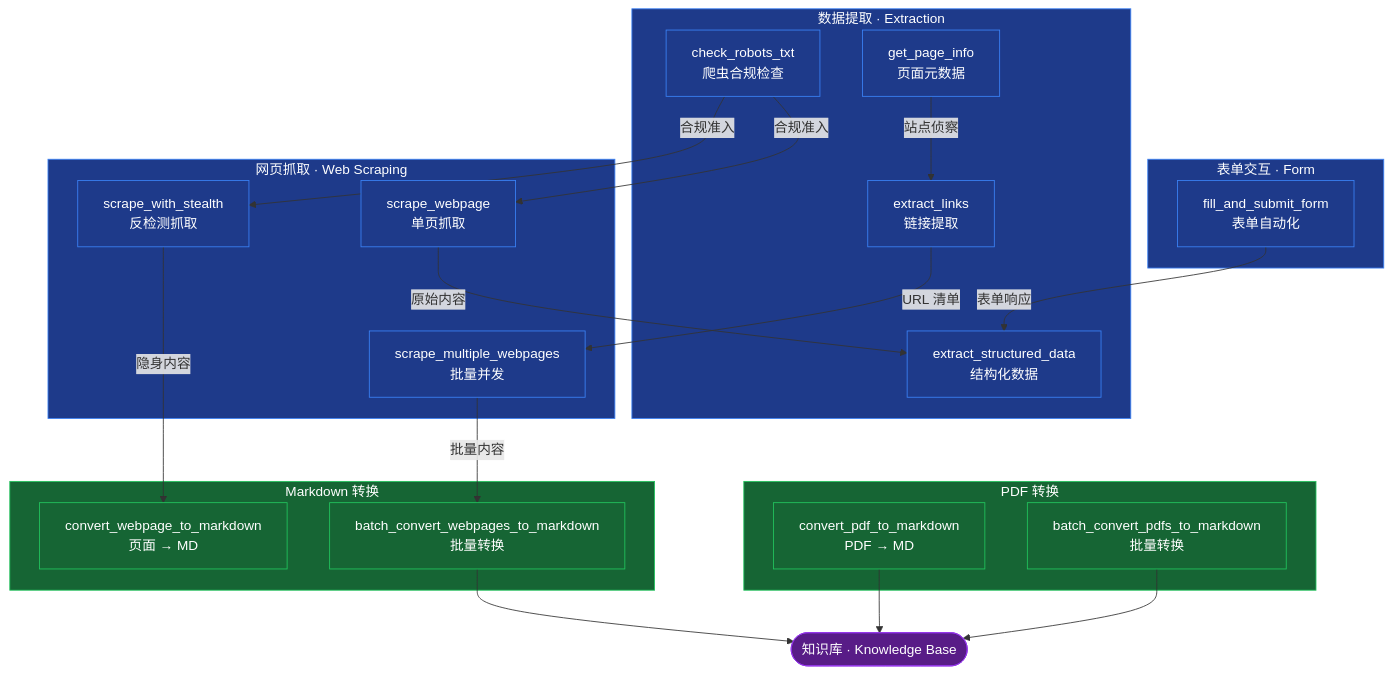
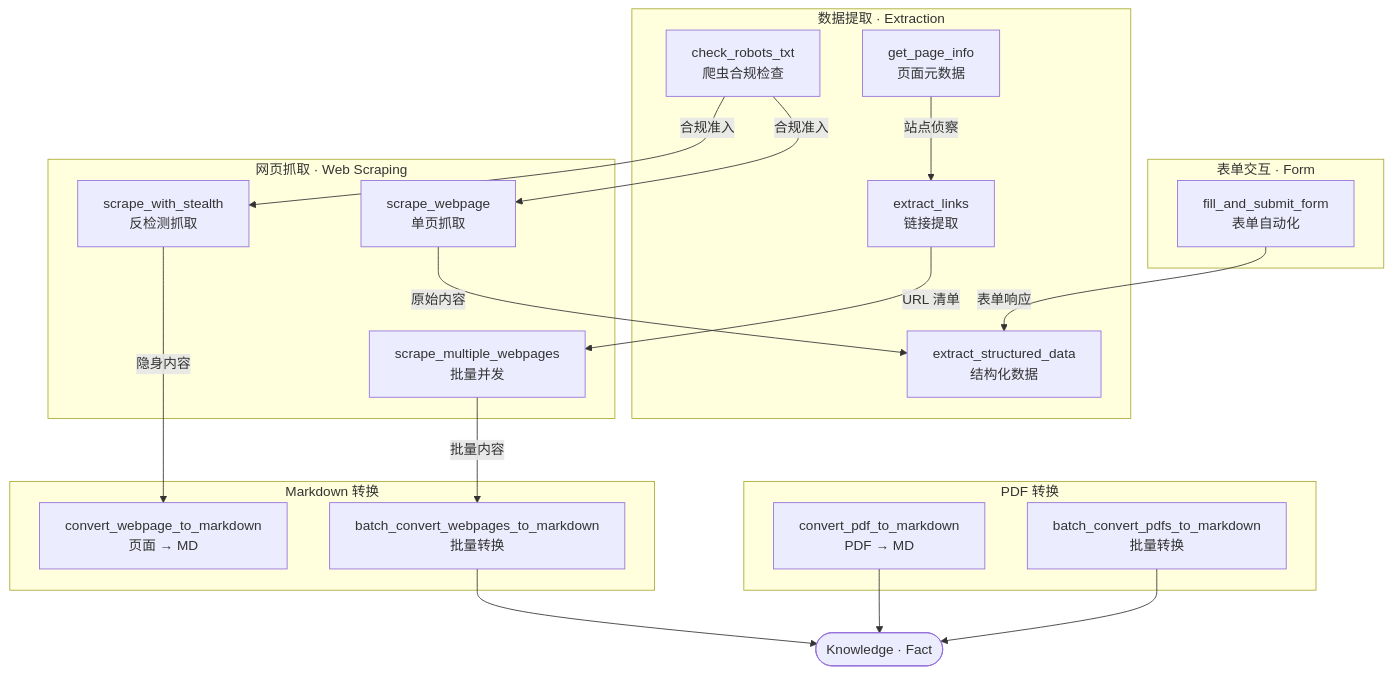
The diagram in README.md (ThreeFish-AI/data-extractor), drawn with Mermaid before and after one commit.

Commit message:
docs(README): 修正 SDK 用例 import 位置，精简 Mermaid 图表冗余样式;
🤖 Generated with [Claude Code](https://github.com/claude), [CodeX](https://openai.com), [Gemini](https://github.com/apps/gemini-code-assist)

````diff
--- a/README.md
+++ b/README.md
@@ -133,59 +133,46 @@
 ```mermaid
 graph TD
     %% ─── 数据提取层 ───
     subgraph EXTRACT["数据提取 · Extraction"]
         T7["check_robots_txt<br/>爬虫合规检查"]
         T5["get_page_info<br/>页面元数据"]
         T4["extract_links<br/>链接提取"]
         T6["extract_structured_data<br/>结构化数据"]
     end
 
     subgraph SCRAPE["网页抓取 · Web Scraping"]
         T1["scrape_webpage<br/>单页抓取"]
         T2["scrape_multiple_webpages<br/>批量并发"]
         T3["scrape_with_stealth<br/>反检测抓取"]
     end
 
     subgraph FORM["表单交互 · Form"]
         T8["fill_and_submit_form<br/>表单自动化"]
     end
 
     %% ─── 内容转换层 ───
     subgraph MD["Markdown 转换"]
         T9["convert_webpage_to_markdown<br/>页面 → MD"]
         T10["batch_convert_webpages_to_markdown<br/>批量转换"]
     end
 
     subgraph PDF["PDF 转换"]
         T11["convert_pdf_to_markdown<br/>PDF → MD"]
         T12["batch_convert_pdfs_to_markdown<br/>批量转换"]
     end
 
     %% ─── 生产协同链路 ───
     T7 -->|"合规准入"| T1
     T7 -->|"合规准入"| T3
     T5 -->|"站点侦察"| T4
     T4 -->|"URL 清单"| T2
     T1 -->|"原始内容"| T6
     T3 -->|"隐身内容"| T9
     T2 -->|"批量内容"| T10
     T8 -->|"表单响应"| T6
 
     %% ─── 知识汇聚 ───
-    T10 --> KB(["知识库 · Knowledge Base"])
+    T10 --> KB(["Knowledge · Fact"])
     T11 --> KB
     T12 --> KB
-
-    %% ─── 样式 ───
-    classDef blue fill:#1e3a8a,stroke:#3b82f6,color:#fff
-    classDef green fill:#166534,stroke:#22c55e,color:#fff
-    classDef purple fill:#581c87,stroke:#9333ea,color:#fff
-    class T1,T2,T3,T4,T5,T6,T7,T8 blue
-    class T9,T10,T11,T12 green
-    class KB purple
-    style EXTRACT fill:#1e3a8a,stroke:#3b82f6,color:#fff
-    style SCRAPE fill:#1e3a8a,stroke:#3b82f6,color:#fff
-    style FORM fill:#1e3a8a,stroke:#3b82f6,color:#fff
-    style MD fill:#166534,stroke:#22c55e,color:#fff
-    style PDF fill:#166534,stroke:#22c55e,color:#fff
 ```
````
